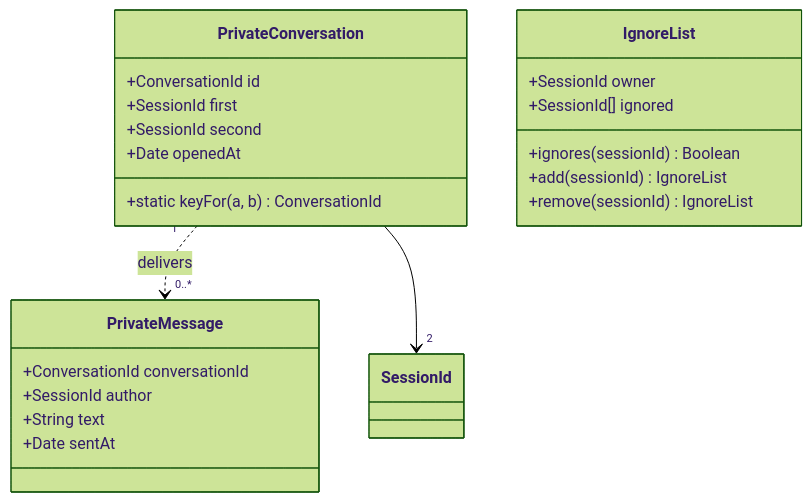
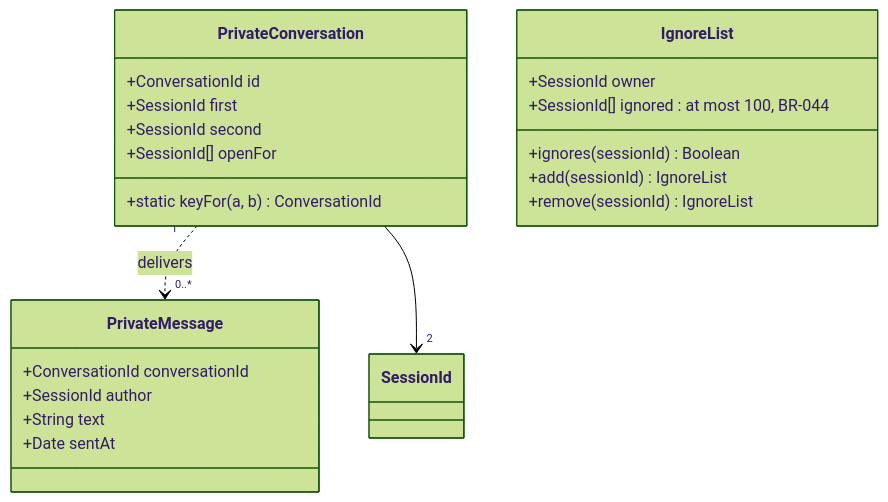
The diagram in docs/architecture/diagrams/private-conversations/04-class.md (benoit-bremaud/asv), drawn with Mermaid (forest theme) before and after one commit. The commit also changed other lines of this file and 15 other files, not shown here.

````diff
--- a/docs/architecture/diagrams/private-conversations/04-class.md
+++ b/docs/architecture/diagrams/private-conversations/04-class.md
@@ -12,25 +12,25 @@
 ```mermaid
 classDiagram
   class PrivateConversation {
     +ConversationId id
     +SessionId first
     +SessionId second
-    +Date openedAt
+    +SessionId[] openFor
     +static keyFor(a, b) ConversationId
   }
   class PrivateMessage {
     +ConversationId conversationId
     +SessionId author
     +String text
     +Date sentAt
   }
   class IgnoreList {
     +SessionId owner
-    +SessionId[] ignored
+    +SessionId[] ignored : at most 100, BR-044
     +ignores(sessionId) Boolean
     +add(sessionId) IgnoreList
     +remove(sessionId) IgnoreList
   }
   PrivateConversation "1" ..> "0..*" PrivateMessage : delivers
   PrivateConversation --> "2" SessionId
 ```
````
